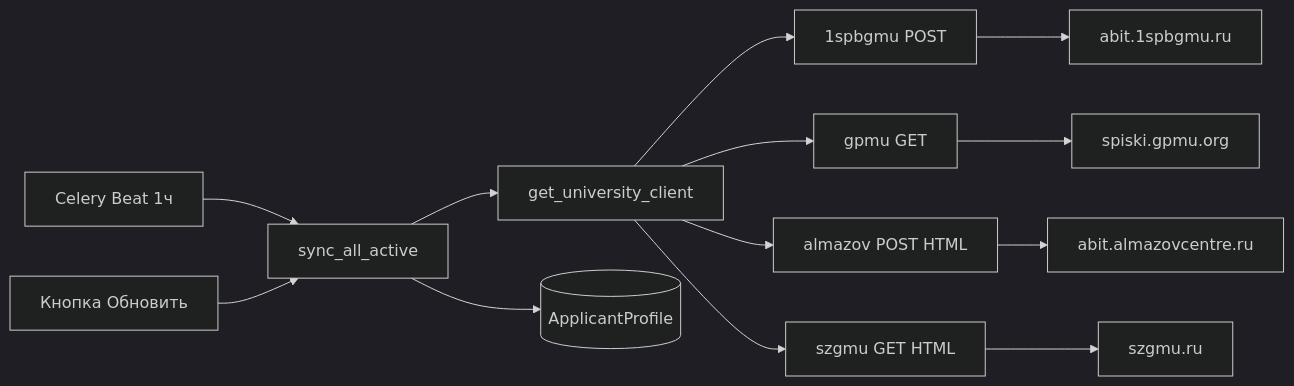
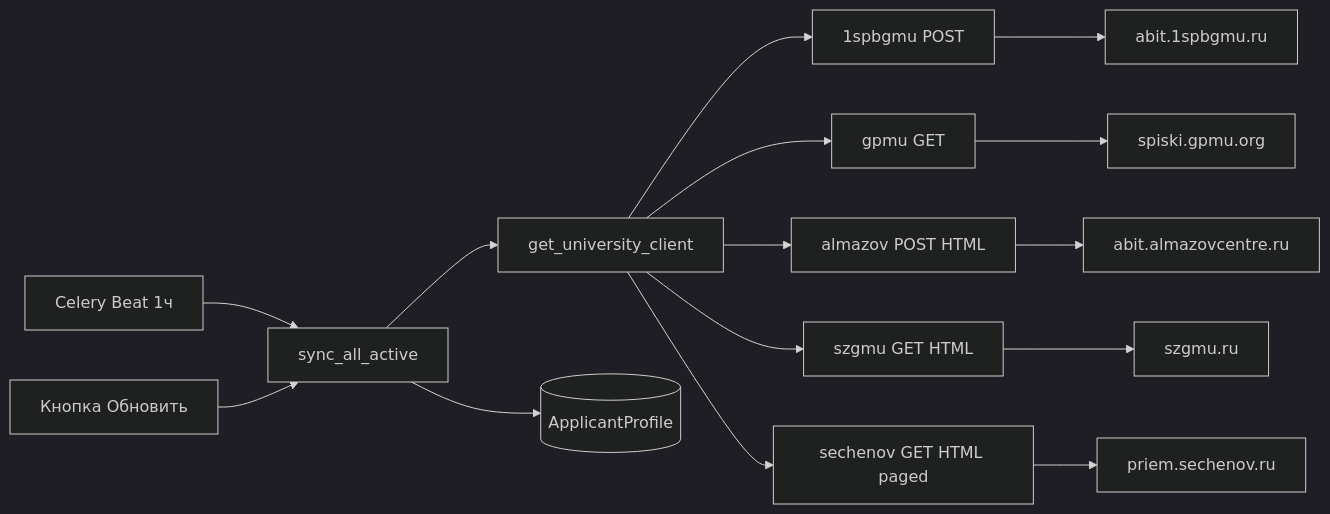
The diagram in docs/data-sources.md (breduin/abitur), drawn with Mermaid (dark theme) before and after one commit. The commit also changed other lines of this file and 9 other files, not shown here.

````diff
--- a/docs/data-sources.md
+++ b/docs/data-sources.md
@@ -7,15 +7,17 @@
 ```mermaid
 flowchart LR
     Beat[Celery Beat 1ч] --> Sync[sync_all_active]
     Manual[Кнопка Обновить] --> Sync
     Sync --> Factory[get_university_client]
     Factory --> Client1[1spbgmu POST]
     Factory --> Client2[gpmu GET]
     Factory --> Client3[almazov POST HTML]
     Factory --> Client4[szgmu GET HTML]
+    Factory --> Client5[sechenov GET HTML paged]
     Client1 --> API1[abit.1spbgmu.ru]
     Client2 --> API2[spiski.gpmu.org]
     Client3 --> API3[abit.almazovcentre.ru]
     Client4 --> API4[szgmu.ru]
+    Client5 --> API5[priem.sechenov.ru]
     Sync --> DB[(ApplicantProfile)]
 ```
````
